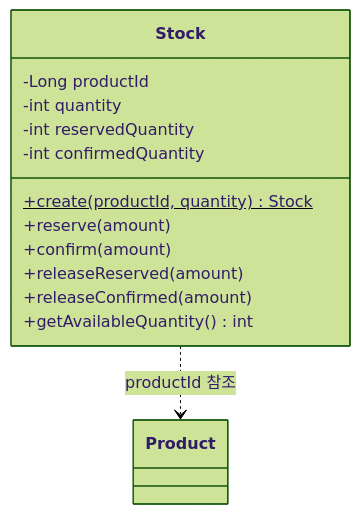
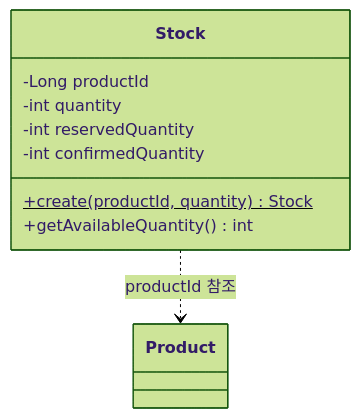
The diagram in docs/design/stock/class-diagram.md (Loopers-dev-lab/loop-pack-be-l2-vol3-java), drawn with Mermaid (forest theme) before and after one commit. The commit also changed other lines of this file and 12 other files, not shown here.

````diff
--- a/docs/design/stock/class-diagram.md
+++ b/docs/design/stock/class-diagram.md
@@ -8,17 +8,13 @@
 ```mermaid
 classDiagram
     class Stock {
         -Long productId
         -int quantity
         -int reservedQuantity
         -int confirmedQuantity
         +create(productId, quantity)$ Stock
-        +reserve(amount)
-        +confirm(amount)
-        +releaseReserved(amount)
-        +releaseConfirmed(amount)
         +getAvailableQuantity() int
     }
 
     Stock ..> Product : productId 참조
 ```
````
